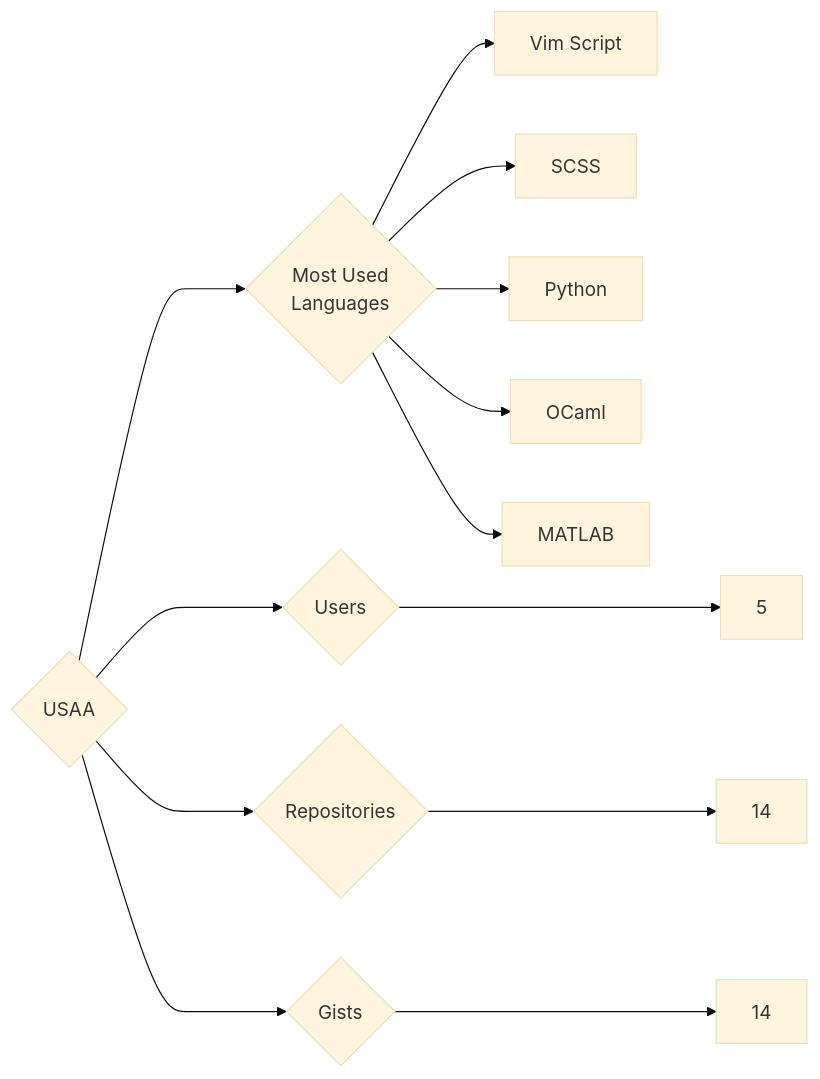
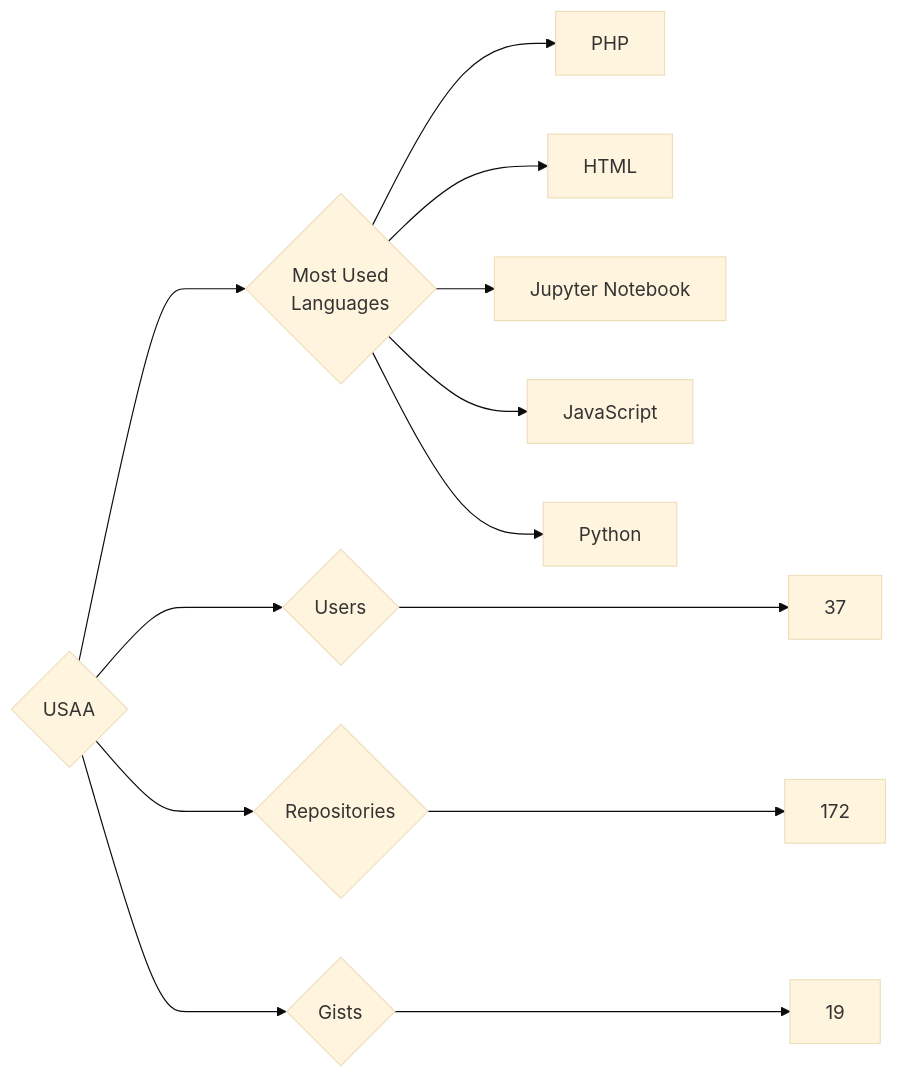
One commit to trickest/insiders changed the diagram in targets/USAA/README.md. Above: the diagram before and after it, drawn with Mermaid (base theme). The commit also changed 534 other files, not shown here.

````diff
--- a/targets/USAA/README.md
+++ b/targets/USAA/README.md
@@ -3,13 +3,13 @@
 ```mermaid
 graph LR
 COMPANY_NAME{USAA}
-COMPANY_NAME ---> U{Users} ---> UN[5]
-COMPANY_NAME ---> R{Repositories} ---> RN[14]
-COMPANY_NAME ---> G{Gists} ---> GN[14]
+COMPANY_NAME ---> U{Users} ---> UN[37]
+COMPANY_NAME ---> R{Repositories} ---> RN[172]
+COMPANY_NAME ---> G{Gists} ---> GN[19]
 COMPANY_NAME ---> ML{Most Used<br>Languages}
-ML --> Vim_Script[Vim Script]
-ML --> SCSS[SCSS]
+ML --> PHP[PHP]
+ML --> HTML[HTML]
+ML --> Jupyter_Notebook[Jupyter Notebook]
+ML --> JavaScript[JavaScript]
 ML --> Python[Python]
-ML --> OCaml[OCaml]
-ML --> MATLAB[MATLAB]
 ```
````
